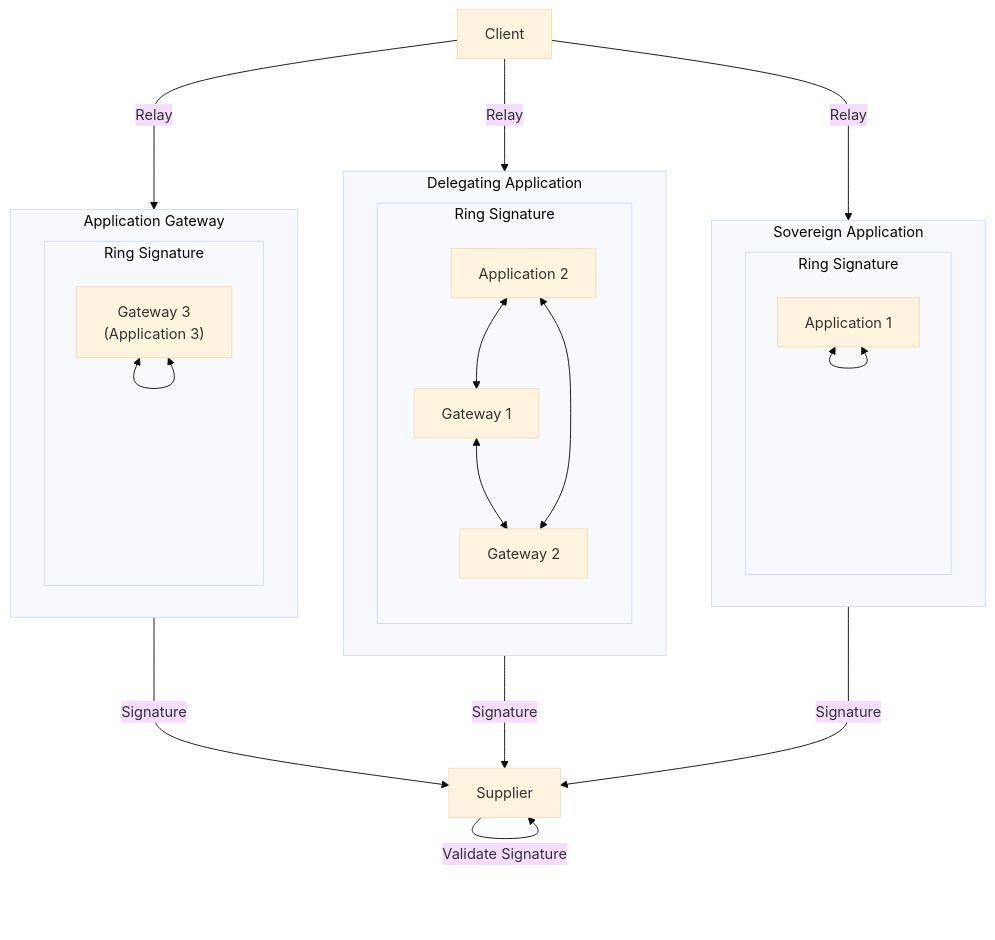
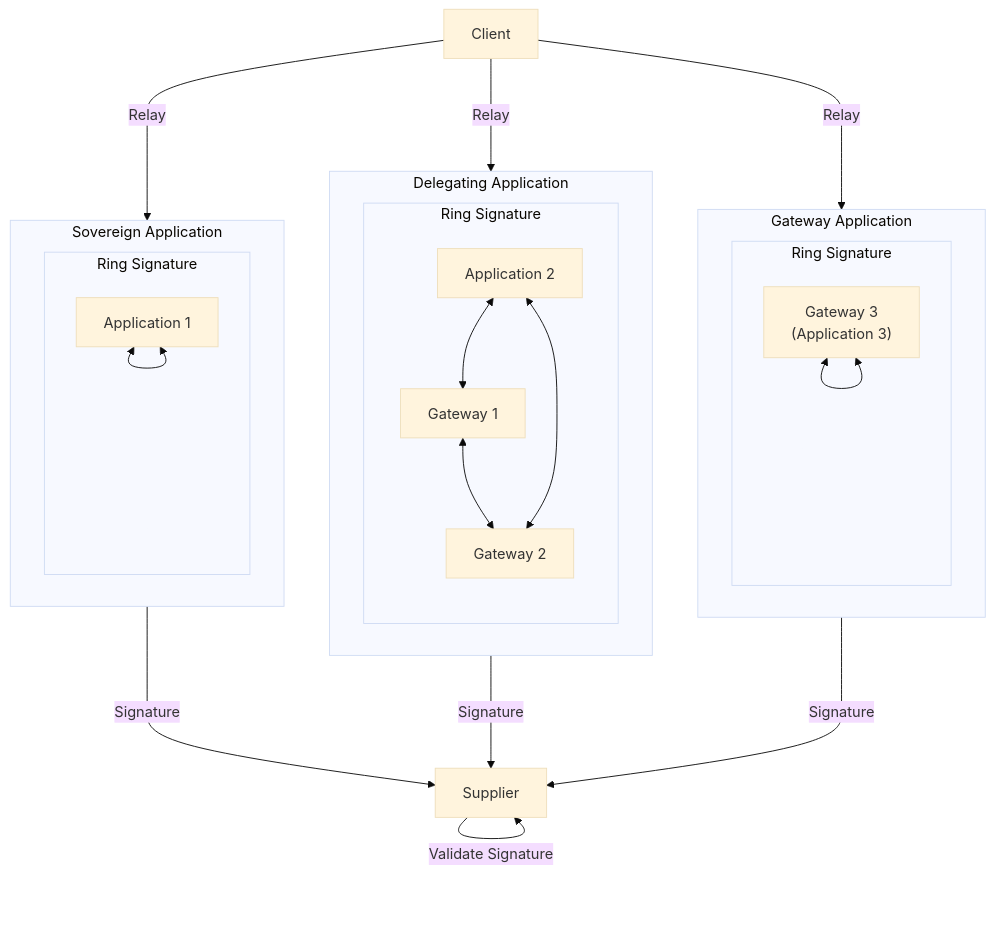
One commit to pokt-network/poktroll changed the fifth of 7 diagrams in docusaurus/docs/protocol/gateways.md. Above: the diagram before and after it, drawn with Mermaid (base theme).

Commit message:
Renamed one diagram

````diff
--- a/docusaurus/docs/protocol/gateways.md
+++ b/docusaurus/docs/protocol/gateways.md
@@ -231,40 +231,40 @@
 ```mermaid
 flowchart
     S[Supplier]
     C[Client]
 
     subgraph SA[Sovereign Application]
         subgraph SARing[Ring Signature]
             A1[Application 1]
             A1 <--> A1
         end
     end
 
     subgraph DA[Delegating Application]
         subgraph DARing[Ring Signature]
             A2[Application 2]
             G1[Gateway 1]
             G2[Gateway 2]
             A2 <--> G1
             G1 <--> G2
             G2 <--> A2
         end
     end
 
-    subgraph AG[Application Gateway]
+    subgraph GA[Gateway Application]
         subgraph AGRing[Ring Signature]
             G3["Gateway 3<br>(Application 3)"]
             G3 <--> G3
         end
     end
 
     C --->|Relay| SA
-    C -->|Relay| AG
     C -->|Relay| DA
+    C -->|Relay| GA
 
-    AG --->|Signature| S
+    SA --->|Signature| S
     DA --->|Signature| S
-    SA --->|Signature| S
+    GA --->|Signature| S
 
     S-->|Validate Signature| S
 ```
````
